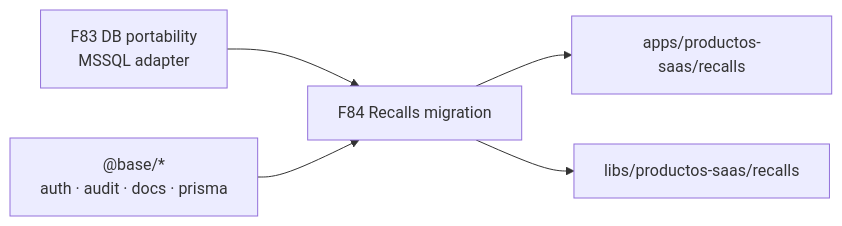
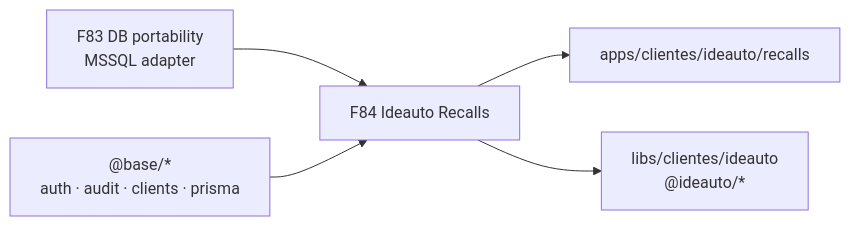
Before and after one commit to angelnietos/babooni-docs: the diagram in plans/rounds/plans-84-eighty-four-round/README.md, drawn with Mermaid. The commit also changed other lines of this file and 21 other files, not shown here.

First line of the commit message:
docs(f84): place Recalls under clientes/ideauto, not SaaS

````diff
--- a/plans/rounds/plans-84-eighty-four-round/README.md
+++ b/plans/rounds/plans-84-eighty-four-round/README.md
@@ -121,7 +145,7 @@
 ```mermaid
 flowchart LR
-  F83["F83 DB portability\nMSSQL adapter"] --> F84["F84 Recalls migration"]
-  BASE["@base/*\nauth · audit · docs · prisma"] --> F84
-  F84 --> APP["apps/productos-saas/recalls"]
-  F84 --> LIB["libs/productos-saas/recalls"]
+  F83["F83 DB portability\nMSSQL adapter"] --> F84["F84 Ideauto Recalls"]
+  BASE["@base/*\nauth · audit · clients · prisma"] --> F84
+  F84 --> APP["apps/clientes/ideauto/recalls"]
+  F84 --> LIB["libs/clientes/ideauto\n@ideauto/*"]
 ```
````
